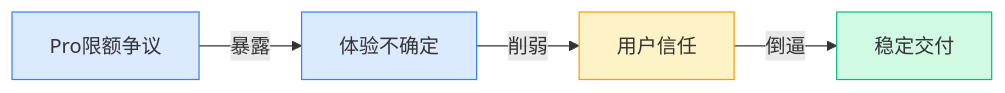
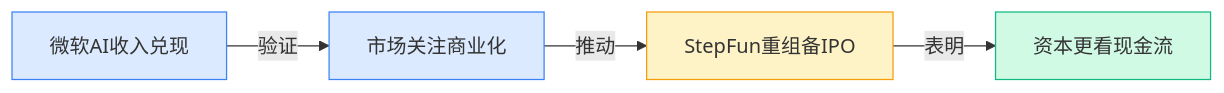
Before and after one commit to ylzsdafei/ai-daily-site: the first of 7 diagrams in content/cn/blog/weekly/2026-W16.md, drawn with Mermaid. The commit also changed other lines of this file and 2 other files, not shown here.

Commit message:
fix: 展开详细图谱改超链接样式 + 更新周报内容

````diff
--- a/content/cn/blog/weekly/2026-W16.md
+++ b/content/cn/blog/weekly/2026-W16.md
@@ -20,12 +20,12 @@
 ```mermaid
 graph LR
-A[Pro限额争议] -->|暴露| B[体验不确定]
-B -->|削弱| C[用户信任]
-C -->|倒逼| D[稳定交付]
+A[微软AI收入兑现]-->|验证|B[市场关注商业化]
+B-->|推动|C[StepFun重组备IPO]
+C-->|表明|D[资本更看现金流]
 classDef blue fill:#dbeafe,stroke:#3b82f6
 classDef yellow fill:#fef3c7,stroke:#f59e0b
 classDef green fill:#d1fae5,stroke:#10b981
 class A,B blue
 class C yellow
 class D green
 ```
````
